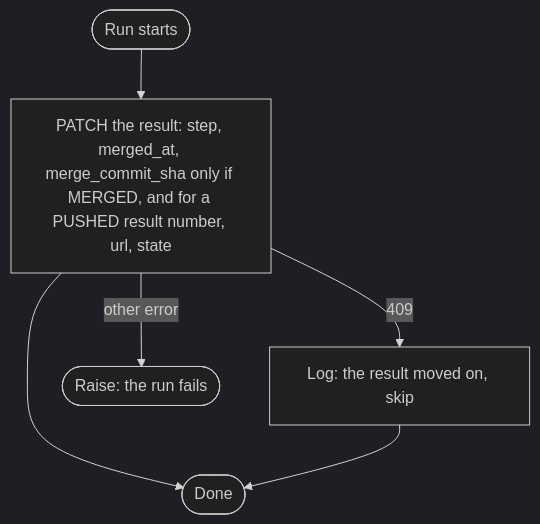
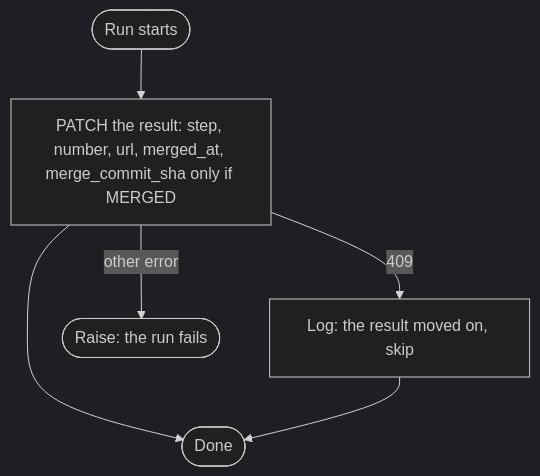
Before and after one commit to Aridhia-Open-Source/PHEMS_federated_node: the third of 3 diagrams in docs/architecture/sensors/results-pr-sync.md, drawn with Mermaid (dark theme). The commit also changed other lines of this file and 49 other files, not shown here.

````diff
--- a/docs/architecture/sensors/results-pr-sync.md
+++ b/docs/architecture/sensors/results-pr-sync.md
@@ -67,8 +82,8 @@
 ```mermaid
 flowchart TD
-    A(["Run starts"]) --> B["PATCH the result: step, merged_at, merge_commit_sha only if MERGED, and for a PUSHED result number, url, state"]
+    A(["Run starts"]) --> B["PATCH the result: step, number, url, merged_at, merge_commit_sha only if MERGED"]
     B -->|409| P["Log: the result moved on, skip"]
     B -->|"other error"| Q(["Raise: the run fails"])
     B --> Y([Done])
     P --> Y
 ```
````
